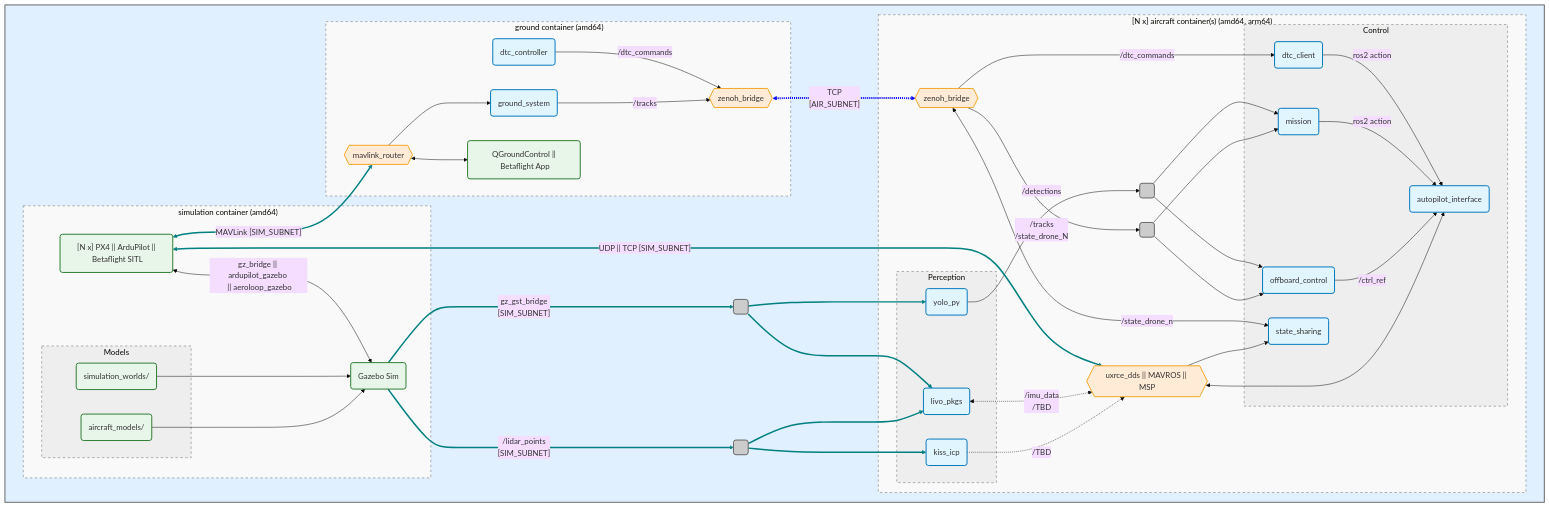
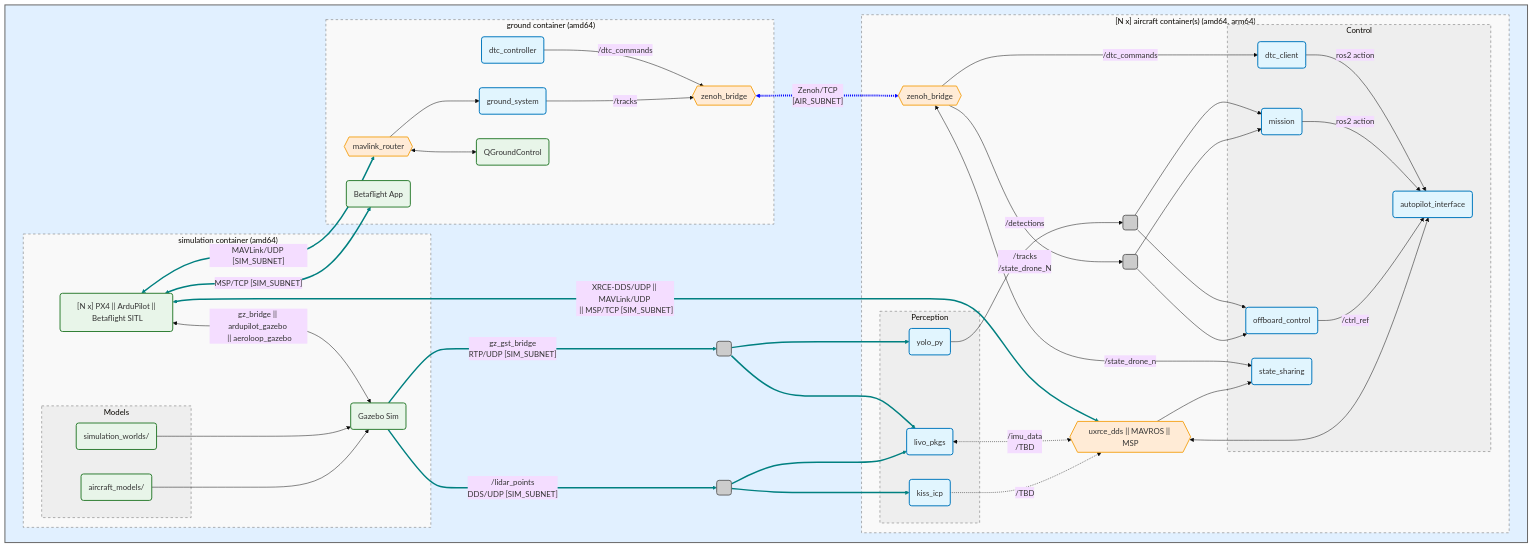
The diagram in README.md (JacopoPan/aerial-autonomy-stack), drawn with Mermaid before and after one commit. The commit also changed other lines of this file, not shown here.

Commit message:
improve schematics

````diff
--- a/README.md
+++ b/README.md
@@ -368,7 +368,8 @@
             mlrouter{{mavlink_router}}:::bridge
             ground_system(ground_system):::algo
             dtc_controller(dtc_controller):::algo
-            qgc("QGroundControl#nbsp;||#nbsp;Betaflight#nbsp;App"):::resource
+            qgc(QGroundControl):::resource
+            bf_app("Betaflight#nbsp;App"):::resource
             zenoh_gnd{{zenoh_bridge}}:::bridge
 
             ground_system --> |"/tracks"| zenoh_gnd
@@ -415,15 +416,16 @@
         camera_split( ):::splitNode
     end
 
-    gz --> |"/lidar_points <br/> [SIM_SUBNET]"| lidar_split
+    gz --> |"/lidar_points <br/> DDS/UDP [SIM_SUBNET]"| lidar_split
     lidar_split --> kiss_icp
     lidar_split --> livo_pkgs
-    gz --> |"gz_gst_bridge <br/> [SIM_SUBNET]"| camera_split
+    gz --> |"gz_gst_bridge <br/> RTP/UDP [SIM_SUBNET]"| camera_split
     camera_split --> livo_pkgs
     camera_split -->  yolo_py
-    sitl <--> |"UDP || TCP [SIM_SUBNET]"| ap_link
-    sitl <--> |"MAVLink [SIM_SUBNET]"| mlrouter
-    zenoh_gnd <-.-> |"TCP <br/> [AIR_SUBNET]"| zenoh_air
+    sitl <--> |"XRCE-DDS/UDP || MAVLink/UDP <br/> || MSP/TCP [SIM_SUBNET]"| ap_link
+    sitl <--> |"MAVLink/UDP [SIM_SUBNET]"| mlrouter
+    sitl <--> |"MSP/TCP [SIM_SUBNET]"| bf_app
+    zenoh_gnd <-.-> |"Zenoh/TCP <br/> [AIR_SUBNET]"| zenoh_air
 
     classDef bridge fill:#ffebd6,stroke:#f5a623,stroke-width:2px;
     classDef algo fill:#e1f5fe,stroke:#0277bd,stroke-width:2px;
@@ -432,5 +434,5 @@
     classDef blueStyle  fill:#e1f0ff,stroke:#666,stroke-width:2px; class aas blueStyle;
     classDef whiteStyle fill:#f9f9f9,stroke:#666,stroke-width:1px,stroke-dasharray: 5 5; class air,gnd,sim whiteStyle;
     classDef greyStyle  fill:#eeeeee,stroke:#666,stroke-width:1px,stroke-dasharray: 5 5; class perception,control,models greyStyle;
-    linkStyle 22,23,24,25,26,27,28,29 stroke:teal,stroke-width:3px; linkStyle 30 stroke:blue,stroke-width:4px;
+    linkStyle 22,23,24,25,26,27,28,29,30 stroke:teal,stroke-width:3px; linkStyle 31 stroke:blue,stroke-width:4px;
 ```
````
